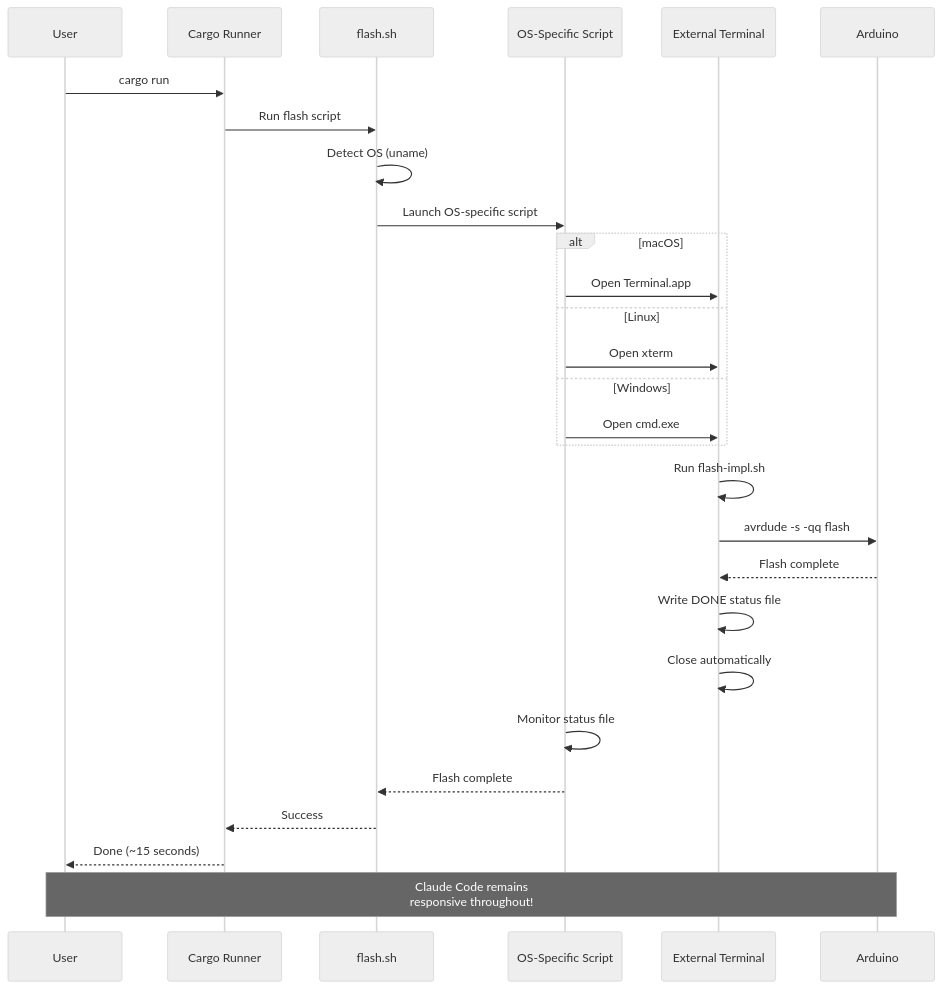
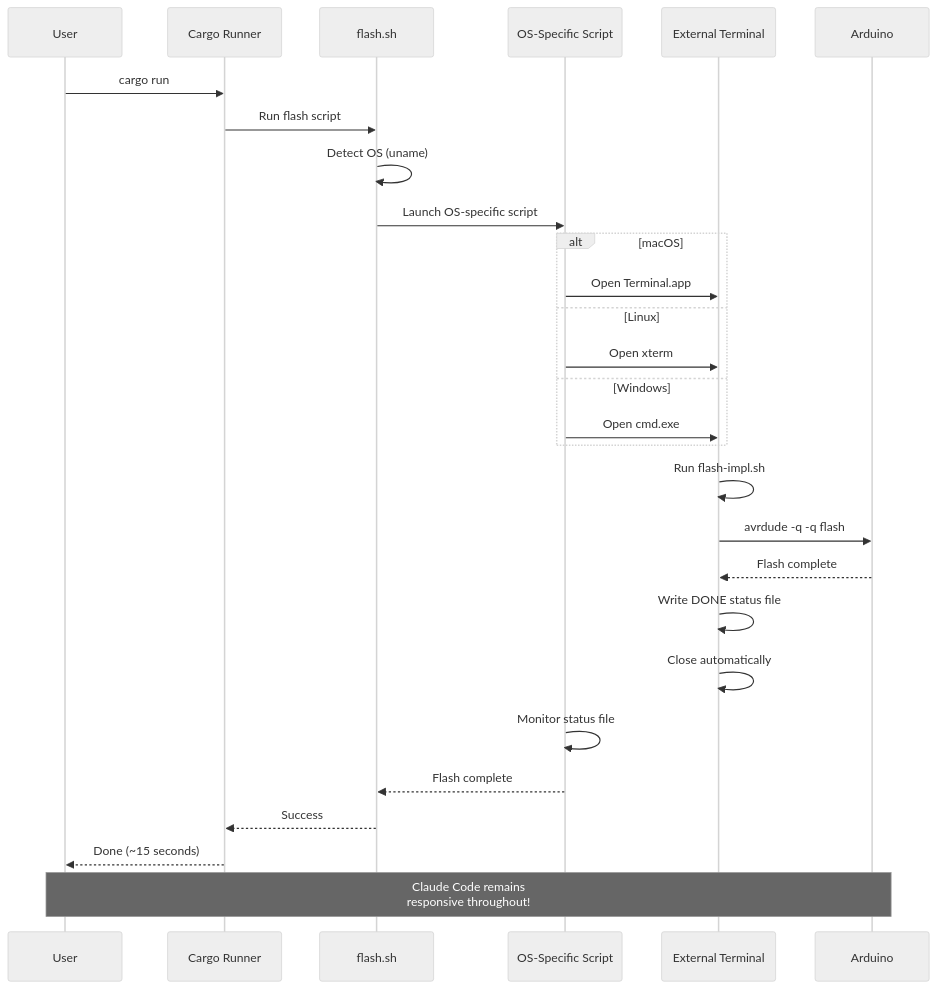
Before and after one commit to ScopeCreep-zip/ossidata: the fifth of 11 diagrams in docs/ARCHITECTURE.md, drawn with Mermaid (neutral theme). The commit also changed other lines of this file and 10 other files, not shown here.

Commit message:
Removed old scripts. Removed debugging from scripts. Updated docs on current flash flow.

````diff
--- a/docs/ARCHITECTURE.md
+++ b/docs/ARCHITECTURE.md
@@ -388,35 +388,35 @@
 ```mermaid
 sequenceDiagram
     participant User
     participant CargoRunner as Cargo Runner
     participant FlashSh as flash.sh
     participant OSScript as OS-Specific Script
     participant Terminal as External Terminal
     participant Arduino
 
     User->>CargoRunner: cargo run
     CargoRunner->>FlashSh: Run flash script
     FlashSh->>FlashSh: Detect OS (uname)
     FlashSh->>OSScript: Launch OS-specific script
 
     alt macOS
         OSScript->>Terminal: Open Terminal.app
     else Linux
         OSScript->>Terminal: Open xterm
     else Windows
         OSScript->>Terminal: Open cmd.exe
     end
 
     Terminal->>Terminal: Run flash-impl.sh
-    Terminal->>Arduino: avrdude -s -qq flash
+    Terminal->>Arduino: avrdude -q -q flash
     Arduino-->>Terminal: Flash complete
     Terminal->>Terminal: Write DONE status file
     Terminal->>Terminal: Close automatically
 
     OSScript->>OSScript: Monitor status file
     OSScript-->>FlashSh: Flash complete
     FlashSh-->>CargoRunner: Success
     CargoRunner-->>User: Done (~15 seconds)
 
     Note over User,Arduino: Claude Code remains<br/>responsive throughout!
 ```
````
